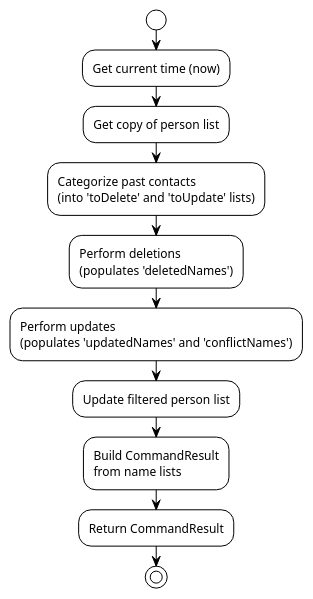
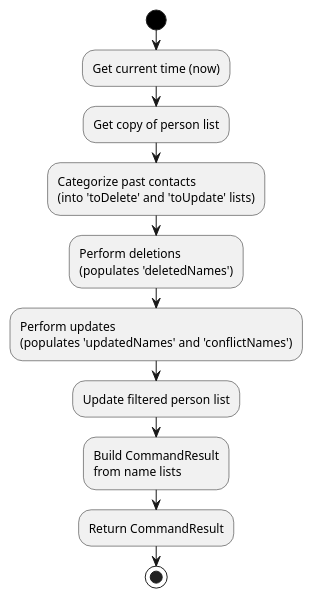
One commit to polyrhythmas/tp changed the diagram in diagrams/HighLevelClearPastActivityDiagram.puml. Above: the diagram before and after it, drawn with PlantUML. The commit also changed 38 other files, not shown here.

```diff
--- a/diagrams/HighLevelClearPastActivityDiagram.puml
+++ b/diagrams/HighLevelClearPastActivityDiagram.puml
@@ -1,23 +1,26 @@
 @startuml
-!theme plain
+skinparam activityStartColor black
+skinparam activityEndColor black
+skinparam activityEndShape circle
+
 start
 :Get current time (now);
 :Get copy of person list;
 
 :Categorize past contacts
 (into 'toDelete' and 'toUpdate' lists);
 
 :Perform deletions
 (populates 'deletedNames');
 
 :Perform updates
 (populates 'updatedNames' and 'conflictNames');
 
 :Update filtered person list;
 
 :Build CommandResult
 from name lists;
 
 :Return CommandResult;
 stop
 @enduml
```
